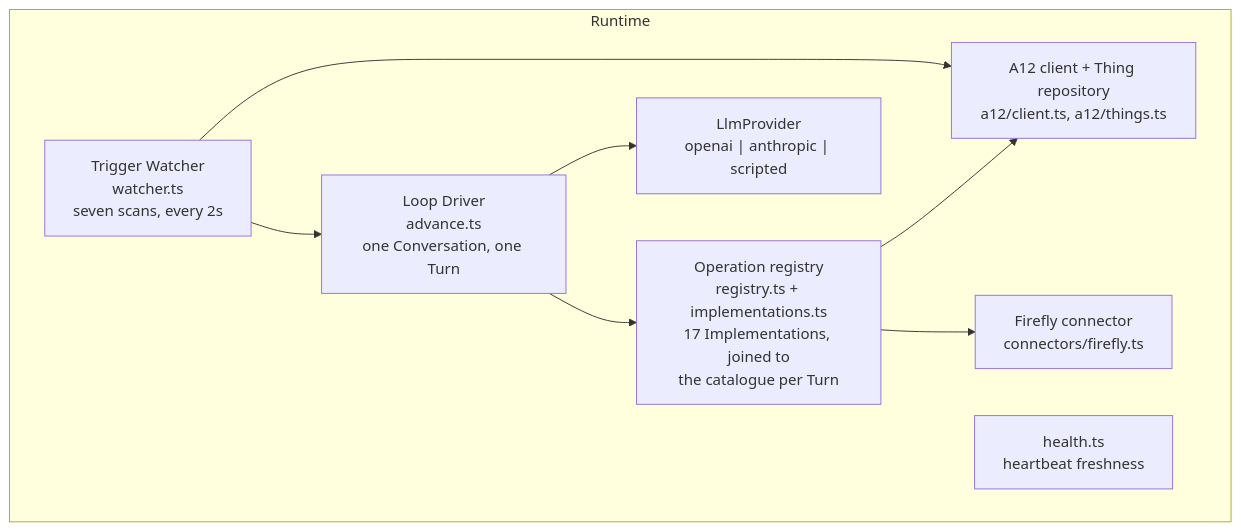
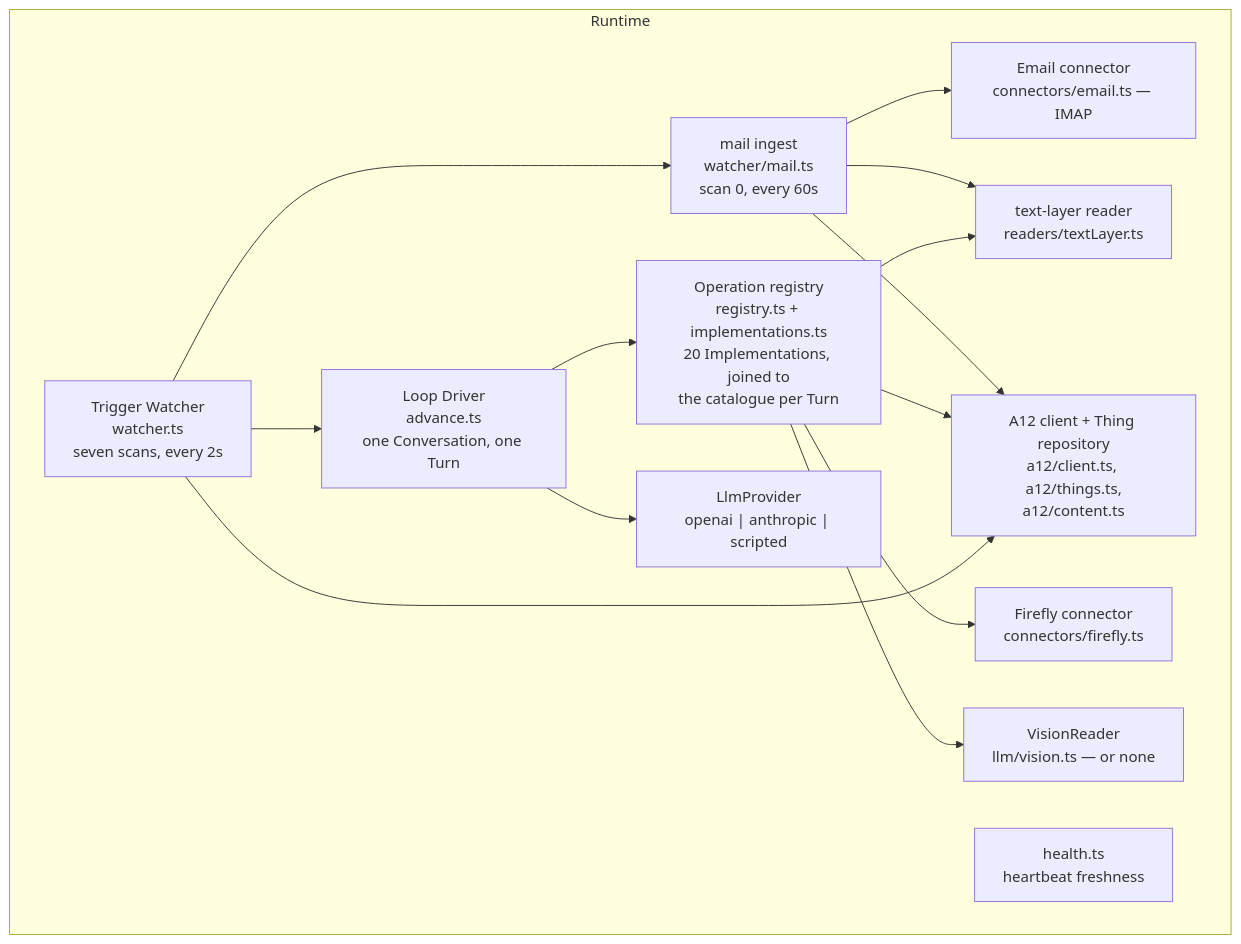
The second of 3 diagrams in specs/system/architecture.md (tillg/assistants), drawn with Mermaid before and after one commit. The commit also changed other lines of this file and 7 other files, not shown here.

````diff
--- a/specs/system/architecture.md
+++ b/specs/system/architecture.md
@@ -252,18 +274,28 @@
 ```mermaid
 flowchart TB
     subgraph RT["Runtime"]
         W["Trigger Watcher<br/>watcher.ts<br/>seven scans, every 2s"]
+        MI["mail ingest<br/>watcher/mail.ts<br/>scan 0, every 60s"]
         L["Loop Driver<br/>advance.ts<br/>one Conversation, one Turn"]
-        TR["Operation registry<br/>registry.ts + implementations.ts<br/>17 Implementations, joined to<br/>the catalogue per Turn"]
-        C["A12 client + Thing repository<br/>a12/client.ts, a12/things.ts"]
+        TR["Operation registry<br/>registry.ts + implementations.ts<br/>20 Implementations, joined to<br/>the catalogue per Turn"]
+        C["A12 client + Thing repository<br/>a12/client.ts, a12/things.ts,<br/>a12/content.ts"]
         P["LlmProvider<br/>openai | anthropic | scripted"]
+        V["VisionReader<br/>llm/vision.ts — or none"]
+        RD["text-layer reader<br/>readers/textLayer.ts"]
         FFC["Firefly connector<br/>connectors/firefly.ts"]
+        EMC["Email connector<br/>connectors/email.ts — IMAP"]
         H["health.ts<br/>heartbeat freshness"]
     end
     W --> L
+    W --> MI
+    MI --> EMC
+    MI --> RD
+    MI --> C
     L --> TR
     L --> P
     TR --> C
     TR --> FFC
+    TR --> RD
+    TR --> V
     W --> C
 ```
````
